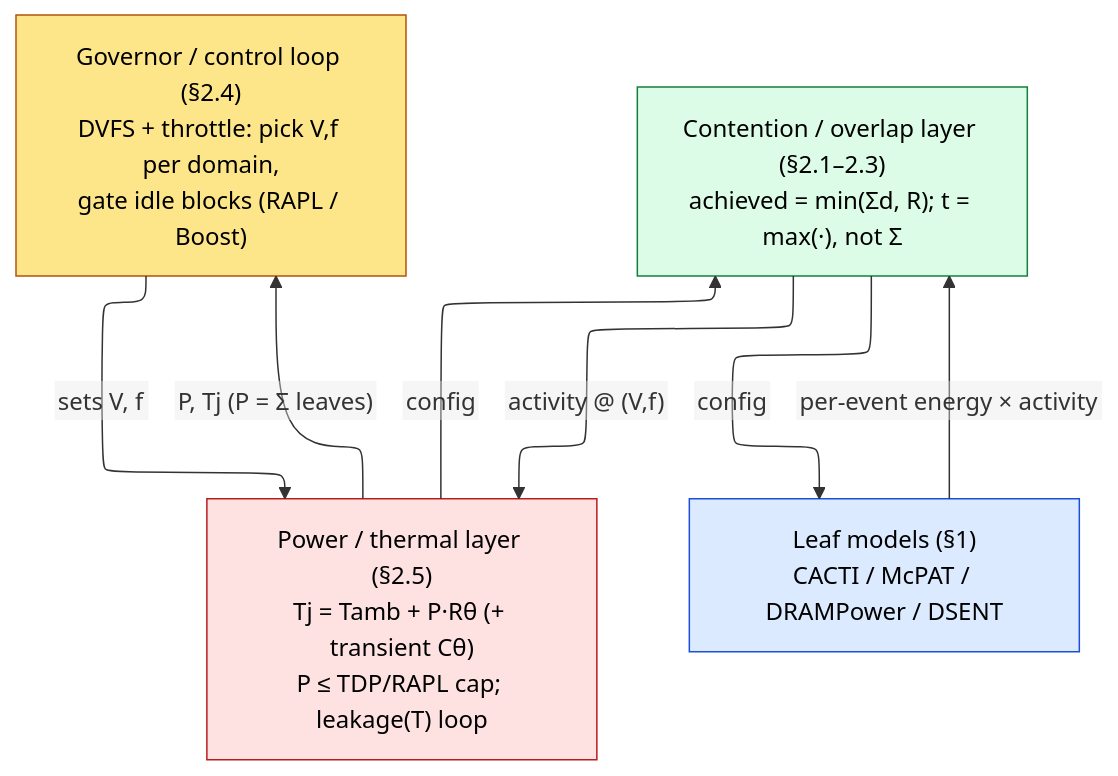
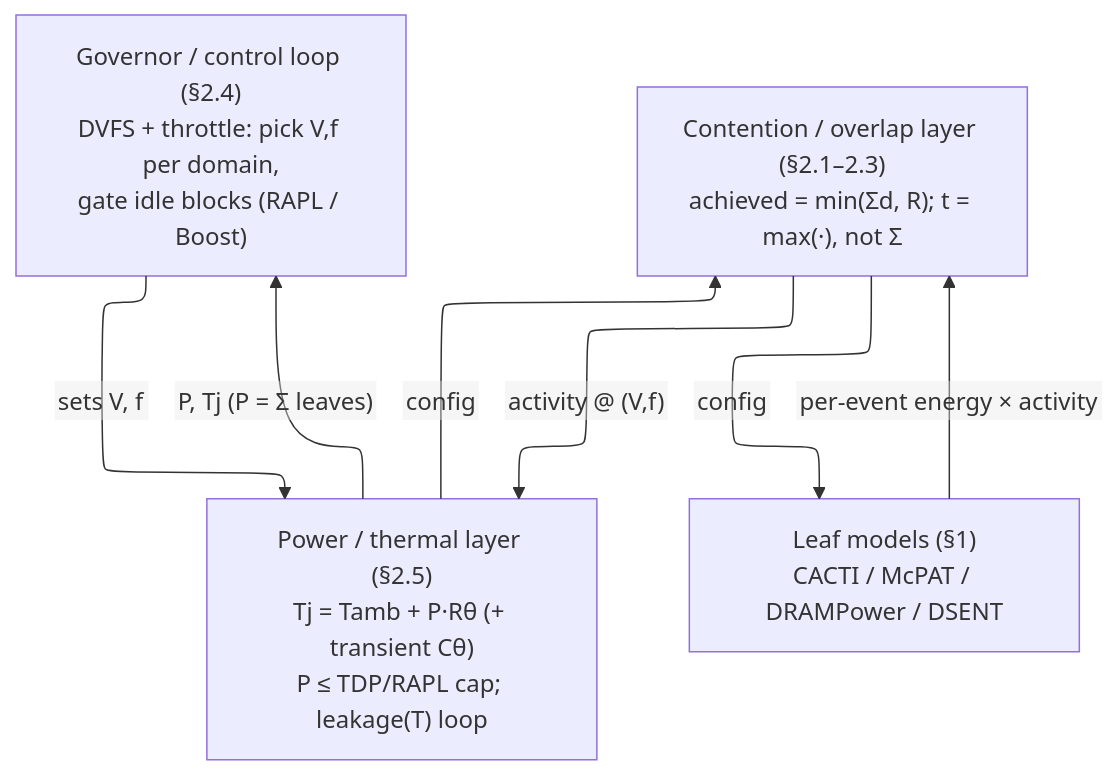
One commit to Wty2003328/silicon-design-notebook changed the second of 6 diagrams in 01_Architecture_and_PPA/04_SoC_and_Chiplet_Architecture/01_System_Modeling/01_Full_Chip_Modeling.md. Above: the diagram before and after it, drawn with Mermaid. The commit also changed 125 other files, not shown here.

First line of the commit message:
Complete the AMBA family, refresh the learning path, and make every figure and formula actually render

````diff
--- a/01_Architecture_and_PPA/04_SoC_and_Chiplet_Architecture/01_System_Modeling/01_Full_Chip_Modeling.md
+++ b/01_Architecture_and_PPA/04_SoC_and_Chiplet_Architecture/01_System_Modeling/01_Full_Chip_Modeling.md
@@ -379,22 +379,14 @@
 ```mermaid
 %%{init: {"flowchart": {"defaultRenderer": "elk", "nodeSpacing": 60, "rankSpacing": 60, "htmlLabels": false}}}%%
 flowchart TD
     GOV["Governor / control loop (§2.4)<br/>DVFS + throttle: pick V,f per domain,<br/>gate idle blocks (RAPL / Boost)"]
     PWR["Power / thermal layer (§2.5)<br/>Tj = Tamb + P·Rθ (+ transient Cθ)<br/>P ≤ TDP/RAPL cap; leakage(T) loop"]
     CON["Contention / overlap layer (§2.1–2.3)<br/>achieved = min(Σd, R); t = max(·), not Σ"]
     LEAF["Leaf models (§1)<br/>CACTI / McPAT / DRAMPower / DSENT"]
     GOV -->|"sets V, f"| PWR
     PWR -->|config| CON
     CON -->|config| LEAF
     LEAF -->|"per-event energy × activity"| CON
     CON -->|"activity @ (V,f)"| PWR
     PWR -->|"P, Tj  (P = Σ leaves)"| GOV
-    classDef g fill:#fde68a,stroke:#b45309,color:#000
-    classDef p fill:#fee2e2,stroke:#b91c1c,color:#000
-    classDef c fill:#dcfce7,stroke:#15803d,color:#000
-    classDef l fill:#dbeafe,stroke:#1d4ed8,color:#000
-    class GOV g
-    class PWR p
-    class CON c
-    class LEAF l
 ```
````
